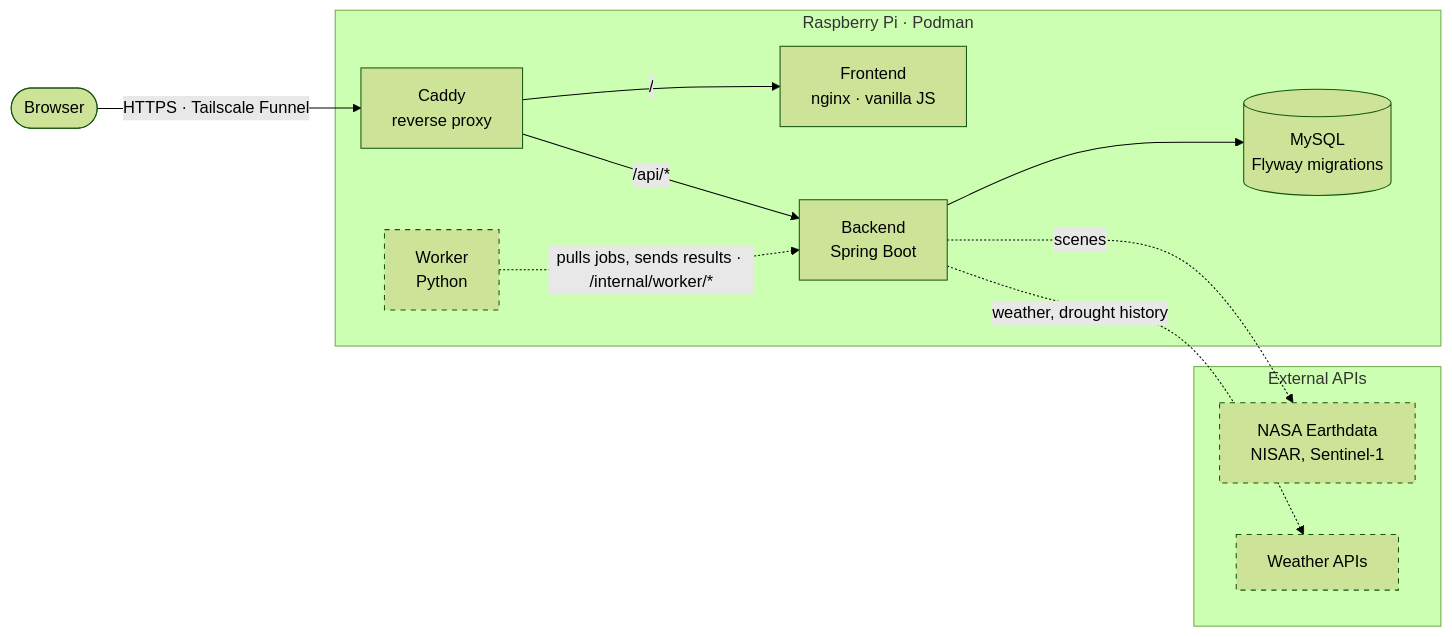
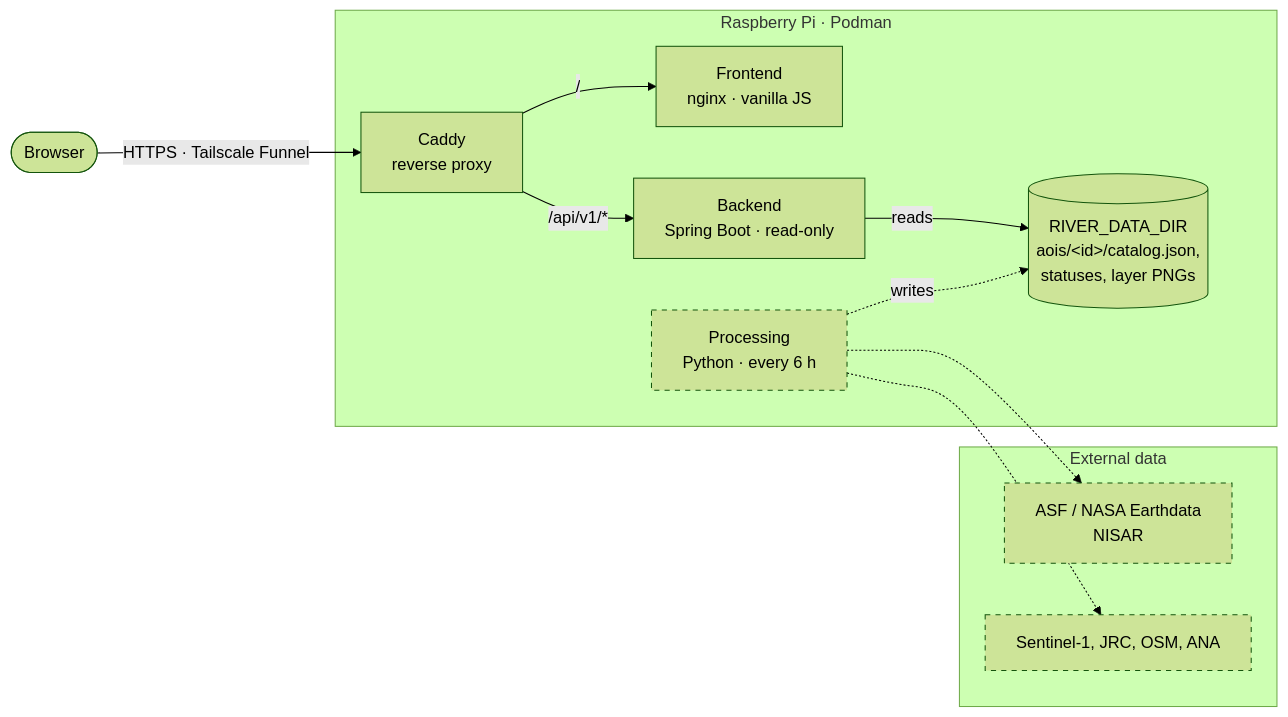
One commit to S4nxez/river-lifeline changed the diagram in README.md. Above: the diagram before and after it, drawn with Mermaid (forest theme). The commit also changed other lines of this file and 1 other file, not shown here.

Commit message:
docs: describe the three layers and their contracts

````diff
--- a/README.md
+++ b/README.md
@@ -29,28 +29,28 @@
 ```mermaid
 flowchart LR
     user([Browser])
 
     subgraph pi["Raspberry Pi · Podman"]
         caddy["Caddy<br/>reverse proxy"]
         frontend["Frontend<br/>nginx · vanilla JS"]
-        backend["Backend<br/>Spring Boot"]
-        db[("MySQL<br/>Flyway migrations")]
-        worker["Worker<br/>Python"]
+        backend["Backend<br/>Spring Boot · read-only"]
+        data[("RIVER_DATA_DIR<br/>aois/&lt;id&gt;/catalog.json,<br/>statuses, layer PNGs")]
+        worker["Processing<br/>Python · every 6 h"]
     end
 
-    subgraph external["External APIs"]
-        earthdata["NASA Earthdata<br/>NISAR, Sentinel-1"]
-        weather["Weather APIs"]
+    subgraph external["External data"]
+        earthdata["ASF / NASA Earthdata<br/>NISAR"]
+        s1["Sentinel-1, JRC, OSM, ANA"]
     end
 
     user -->|"HTTPS · Tailscale Funnel"| caddy
     caddy -->|"/"| frontend
-    caddy -->|"/api/*"| backend
-    backend --> db
-    backend -.->|"scenes"| earthdata
-    backend -.->|"weather, drought history"| weather
-    worker -.->|"pulls jobs, sends results · /internal/worker/*"| backend
+    caddy -->|"/api/v1/*"| backend
+    backend -->|"reads"| data
+    worker -.->|"writes"| data
+    worker -.-> earthdata
+    worker -.-> s1
 
     classDef planned stroke-dasharray: 5 5
-    class worker,earthdata,weather planned
+    class worker,earthdata,s1 planned
 ```
````
